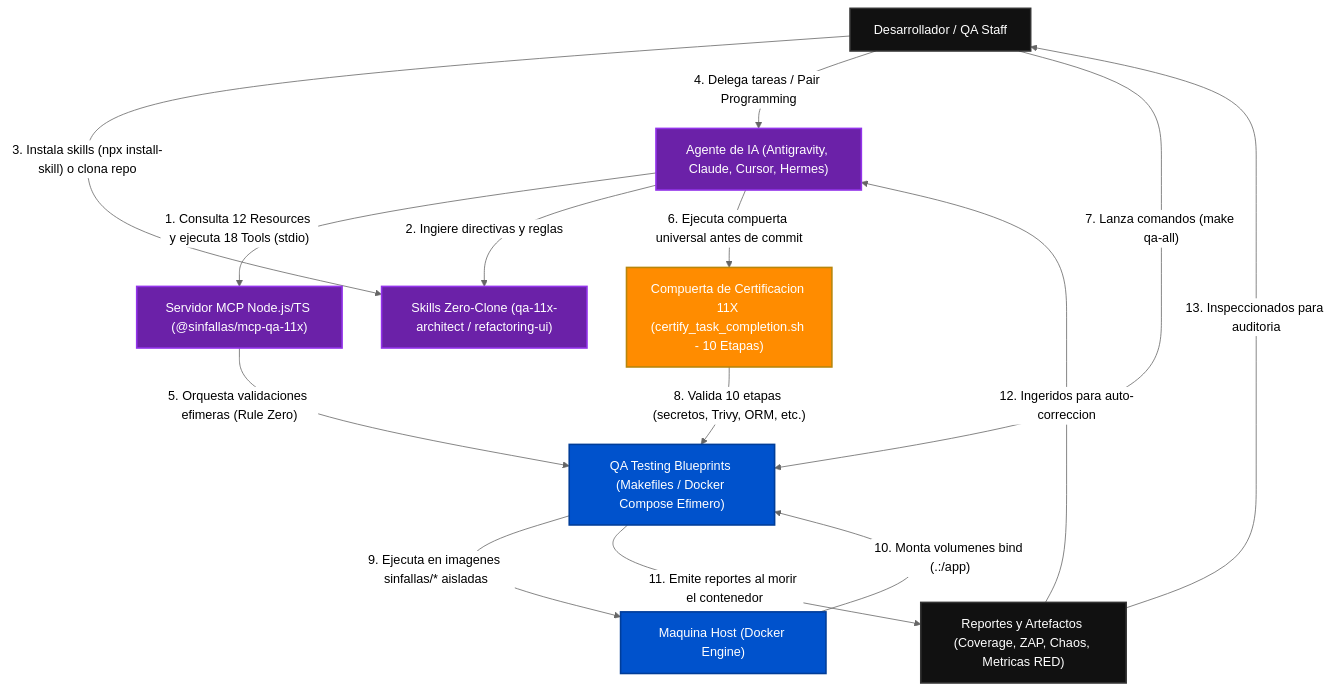
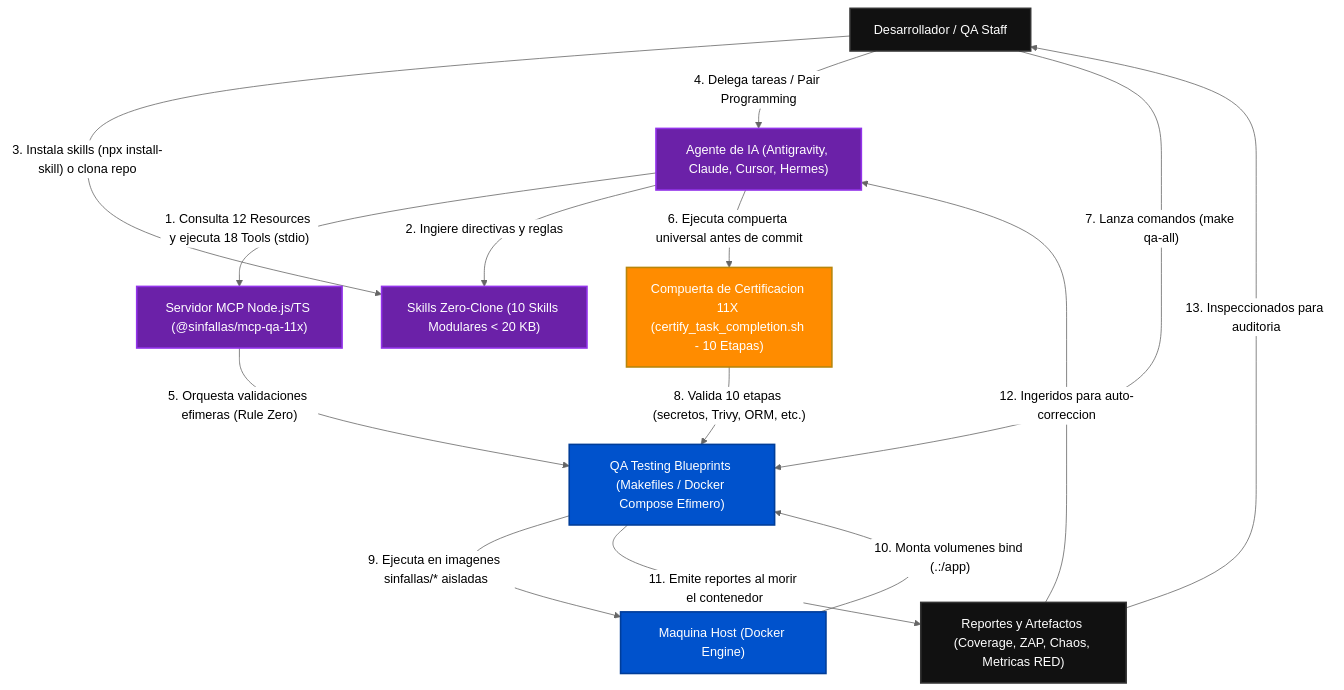
One commit to tecno-consultores/qa-testing-blueprints changed the first of 3 diagrams in docs/ARCHITECTURE_C4.md. Above: the diagram before and after it, drawn with Mermaid (neutral theme). The commit also changed 120 other files, not shown here.

````diff
--- a/docs/ARCHITECTURE_C4.md
+++ b/docs/ARCHITECTURE_C4.md
@@ -10,33 +10,33 @@
 ```mermaid
 flowchart TD
     Human["Desarrollador / QA Staff"]
     Agent["Agente de IA (Antigravity, Claude, Cursor, Hermes)"]
     MCP["Servidor MCP Node.js/TS (@sinfallas/mcp-qa-11x)"]
-    Skill["Skills Zero-Clone (qa-11x-architect / refactoring-ui)"]
+    Skill["Skills Zero-Clone (10 Skills Modulares < 20 KB)"]
     Gate["Compuerta de Certificacion 11X (certify_task_completion.sh - 10 Etapas)"]
     QA["QA Testing Blueprints (Makefiles / Docker Compose Efimero)"]
     Host["Maquina Host (Docker Engine)"]
     Reports["Reportes y Artefactos (Coverage, ZAP, Chaos, Metricas RED)"]
 
     Agent -->|"1. Consulta 12 Resources y ejecuta 18 Tools (stdio)"| MCP
     Agent -->|"2. Ingiere directivas y reglas"| Skill
     Human -->|"3. Instala skills (npx install-skill) o clona repo"| Skill
     Human -->|"4. Delega tareas / Pair Programming"| Agent
     MCP -->|"5. Orquesta validaciones efimeras (Rule Zero)"| QA
     Agent -->|"6. Ejecuta compuerta universal antes de commit"| Gate
     Human -->|"7. Lanza comandos (make qa-all)"| QA
     Gate -->|"8. Valida 10 etapas (secretos, Trivy, ORM, etc.)"| QA
     QA -->|"9. Ejecuta en imagenes sinfallas/* aisladas"| Host
     Host -->|"10. Monta volumenes bind (.:/app)"| QA
     QA -->|"11. Emite reportes al morir el contenedor"| Reports
     Reports -->|"12. Ingeridos para auto-correccion"| Agent
     Reports -->|"13. Inspeccionados para auditoria"| Human
 
     classDef default fill:#111,stroke:#333,stroke-width:2px,color:#fff;
     classDef highlight fill:#0052cc,stroke:#003d99,stroke-width:2px,color:#fff;
     classDef barrier fill:#ff8c00,stroke:#b8860b,stroke-width:2px,color:#fff;
     classDef ai fill:#6b21a8,stroke:#9333ea,stroke-width:2px,color:#fff;
     class QA,Host highlight;
     class Gate barrier;
     class Agent,MCP,Skill ai;
 ```
````
